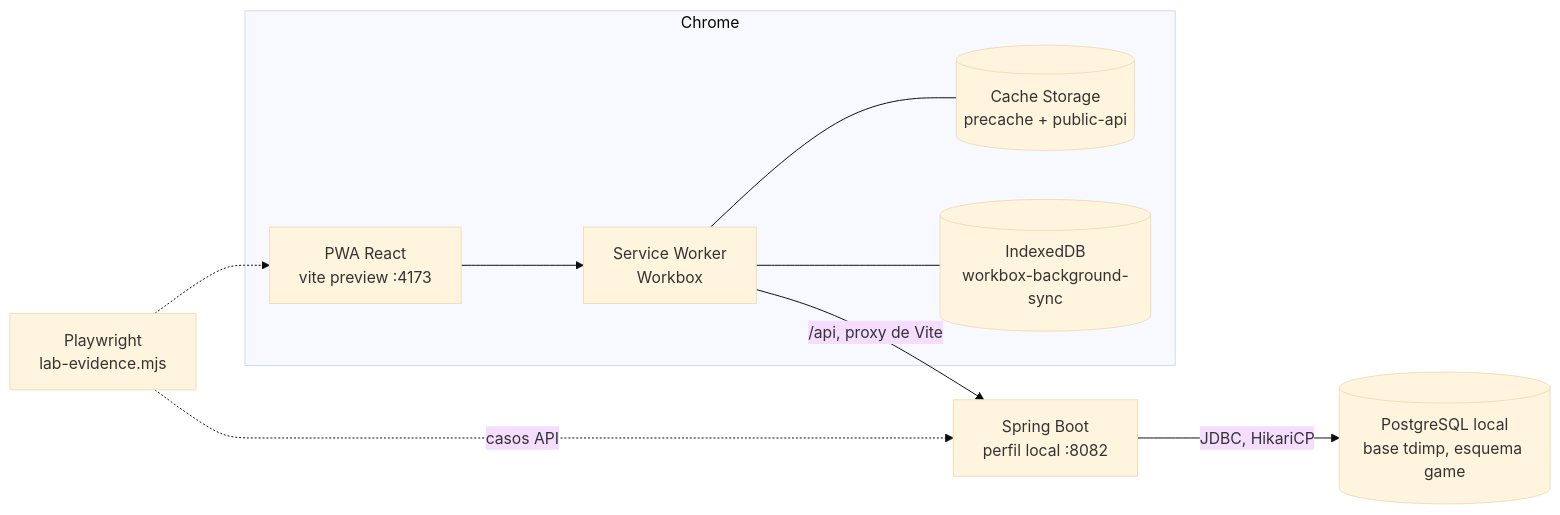
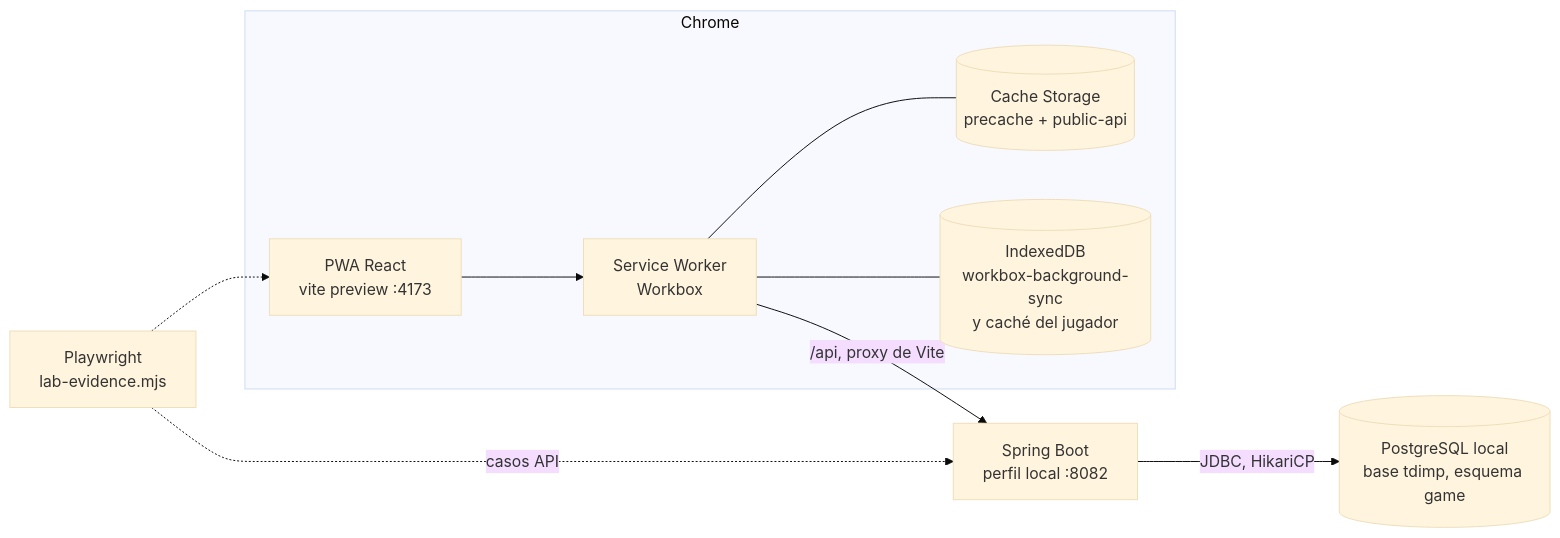
Before and after one commit to Sidas200/integradora-web: the diagram in docs/testing/README.md, drawn with Mermaid (base theme). The commit also changed other lines of this file and 54 other files, not shown here.

````diff
--- a/docs/testing/README.md
+++ b/docs/testing/README.md
@@ -29,12 +34,12 @@
 ```mermaid
 flowchart LR
   subgraph Chrome
     UI[PWA React<br/>vite preview :4173] --> SW[Service Worker<br/>Workbox]
     SW --- CS[(Cache Storage<br/>precache + public-api)]
-    SW --- IDB[(IndexedDB<br/>workbox-background-sync)]
+    SW --- IDB[(IndexedDB<br/>workbox-background-sync<br/>y caché del jugador)]
   end
   SW -->|/api, proxy de Vite| API[Spring Boot<br/>perfil local :8082]
   API -->|JDBC, HikariCP| DB[(PostgreSQL local<br/>base tdimp, esquema game)]
   PW[Playwright<br/>lab-evidence.mjs] -.-> UI
   PW -.->|casos API| API
 ```
````
